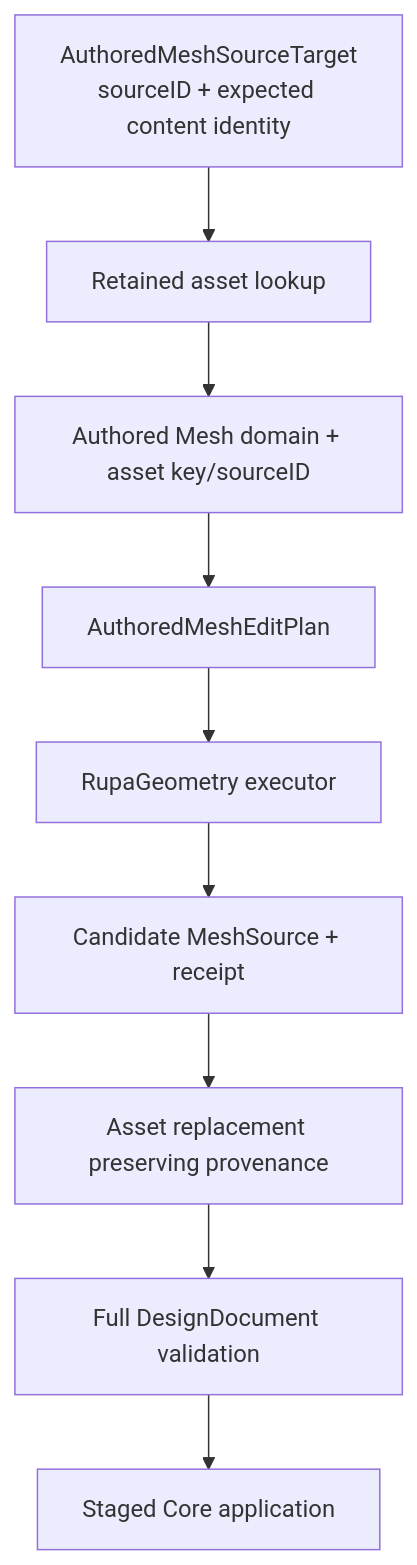
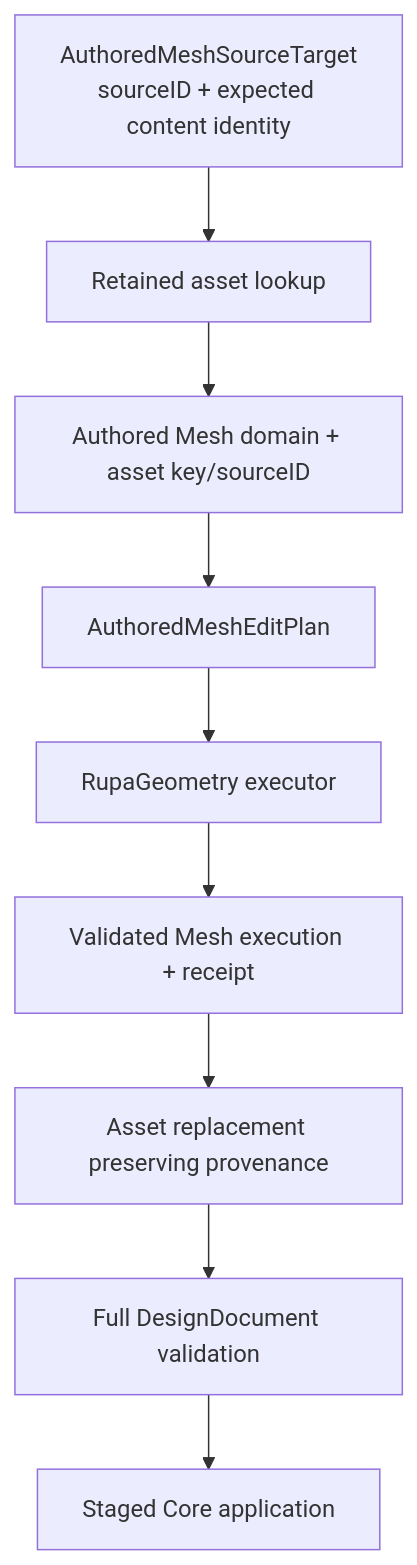
One commit to 1amageek/Rupa changed the second of 3 diagrams in RupaKit/Sources/RupaCore/DESIGN.md. Above: the diagram before and after it, drawn with Mermaid. The commit also changed other lines of this file and 12 other files, not shown here.

Commit message:
Apply Mesh plans through source authority

````diff
--- a/RupaKit/Sources/RupaCore/DESIGN.md
+++ b/RupaKit/Sources/RupaCore/DESIGN.md
@@ -68,11 +70,11 @@
 ```mermaid
 flowchart TD
     Target["AuthoredMeshSourceTarget\nsourceID + expected content identity"] --> Lookup["Retained asset lookup"]
     Lookup --> AssetCheck["Authored Mesh domain + asset key/sourceID"]
     AssetCheck --> Plan["AuthoredMeshEditPlan"]
     Plan --> Executor["RupaGeometry executor"]
-    Executor --> Candidate["Candidate MeshSource + receipt"]
-    Candidate --> Asset["Asset replacement preserving provenance"]
+    Executor --> Execution["Validated Mesh execution + receipt"]
+    Execution --> Asset["Asset replacement preserving provenance"]
     Asset --> Validate["Full DesignDocument validation"]
     Validate --> Application["Staged Core application"]
 ```
````
